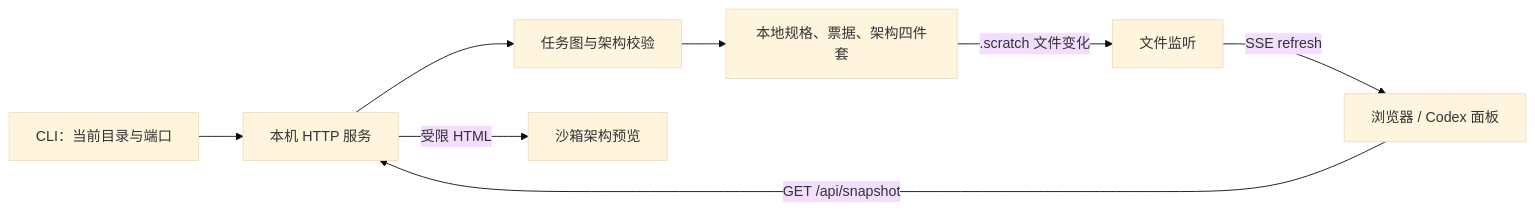
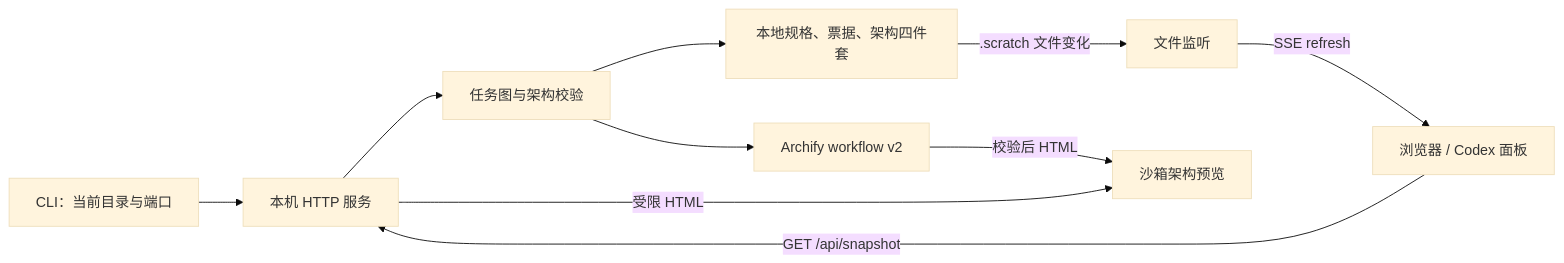
Before and after one commit to Zziy-Q/matt-task-view: the diagram in README.md, drawn with Mermaid (base theme). The commit also changed other lines of this file and 70 other files, not shown here.

Commit message:
Add Archify feature diagrams and collapsible task groups

````diff
--- a/README.md
+++ b/README.md
@@ -135,10 +151,12 @@
 ```mermaid
 flowchart LR
     CLI[CLI：当前目录与端口] --> HTTP[本机 HTTP 服务]
     Browser[浏览器 / Codex 面板] -->|GET /api/snapshot| HTTP
     HTTP --> Graph[任务图与架构校验]
     Graph --> Files[本地规格、票据、架构四件套]
     Files -->|.scratch 文件变化| Watch[文件监听]
     Watch -->|SSE refresh| Browser
     HTTP -->|受限 HTML| Frame[沙箱架构预览]
+    Graph --> Workflow[Archify workflow v2]
+    Workflow -->|校验后 HTML| Frame
 ```
````
